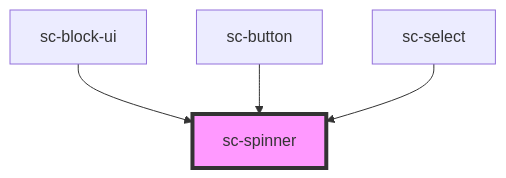
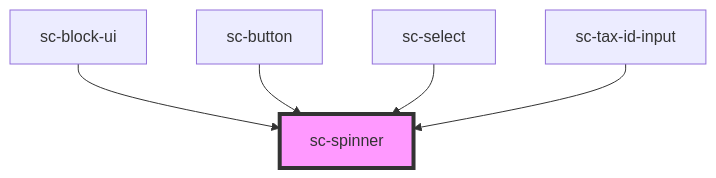
Before and after one commit to surecart/surecart-wp-plugin: the diagram in packages/components/src/components/ui/spinner/readme.md, drawn with Mermaid. The commit also changed other lines of this file and 13 other files, not shown here.

````diff
--- a/packages/components/src/components/ui/spinner/readme.md
+++ b/packages/components/src/components/ui/spinner/readme.md
@@ -31,7 +32,8 @@
 ```mermaid
 graph TD;
   sc-block-ui --> sc-spinner
   sc-button --> sc-spinner
   sc-select --> sc-spinner
+  sc-tax-id-input --> sc-spinner
   style sc-spinner fill:#f9f,stroke:#333,stroke-width:4px
 ```
````
